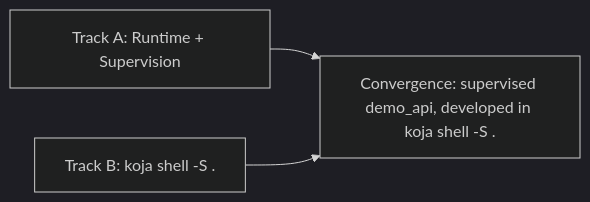
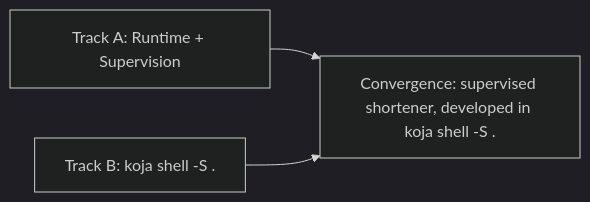
The first of 2 diagrams in design/ROADMAP.md (koja-lang/koja), drawn with Mermaid (dark theme) before and after one commit. The commit also changed other lines of this file and 28 other files, not shown here.

````diff
--- a/design/ROADMAP.md
+++ b/design/ROADMAP.md
@@ -206,5 +206,5 @@
 ```mermaid
 flowchart LR
-  TrackA["Track A: Runtime + Supervision"] --> Conv["Convergence: supervised demo_api, developed in koja shell -S ."]
+  TrackA["Track A: Runtime + Supervision"] --> Conv["Convergence: supervised shortener, developed in koja shell -S ."]
   TrackB["Track B: koja shell -S ."] --> Conv
 ```
````
